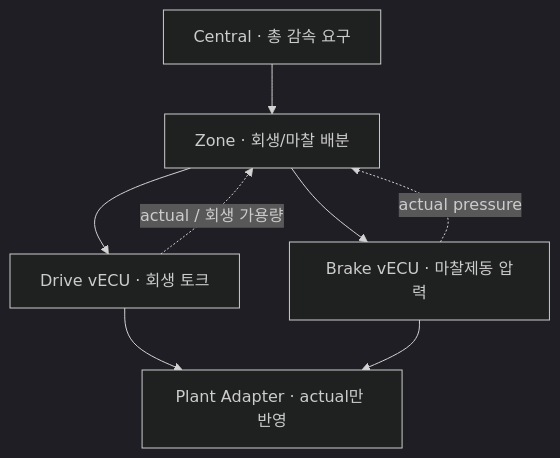
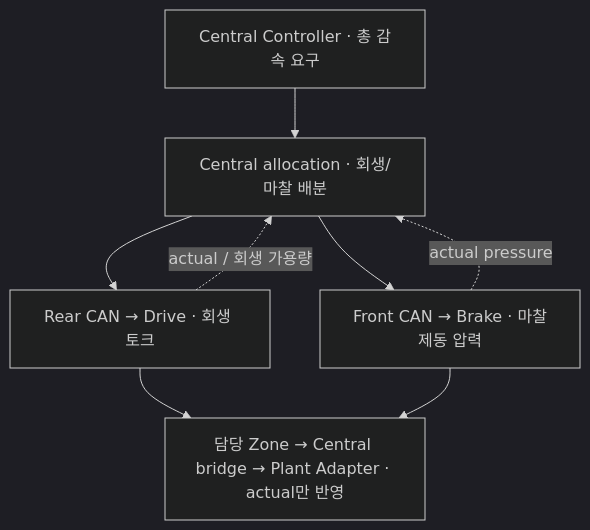
Before and after one commit to shinjuyeop/StrataDrive: the diagram in docs/icd/regenerative_braking_design.md, drawn with Mermaid (dark theme). The commit also changed other lines of this file and 56 other files, not shown here.

Commit message:
feat: add steering and brake models with central zonal design

````diff
--- a/docs/icd/regenerative_braking_design.md
+++ b/docs/icd/regenerative_braking_design.md
@@ -24,10 +25,10 @@
 ```mermaid
 flowchart TB
-  C[Central · 총 감속 요구] --> Z[Zone · 회생/마찰 배분]
-  Z --> D[Drive vECU · 회생 토크]
-  Z --> B[Brake vECU · 마찰제동 압력]
-  D --> P[Plant Adapter · actual만 반영]
+  C[Central Controller · 총 감속 요구] --> Z[Central allocation · 회생/마찰 배분]
+  Z --> D[Rear CAN → Drive · 회생 토크]
+  Z --> B[Front CAN → Brake · 마찰제동 압력]
+  D --> P[담당 Zone → Central bridge → Plant Adapter · actual만 반영]
   B --> P
   D -. actual / 회생 가용량 .-> Z
   B -. actual pressure .-> Z
 ```
````
